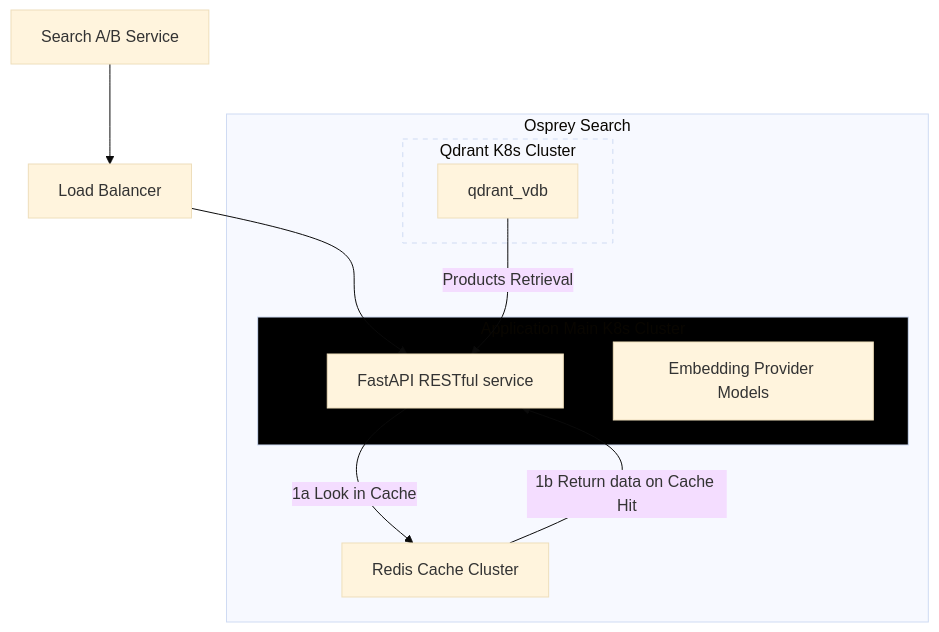
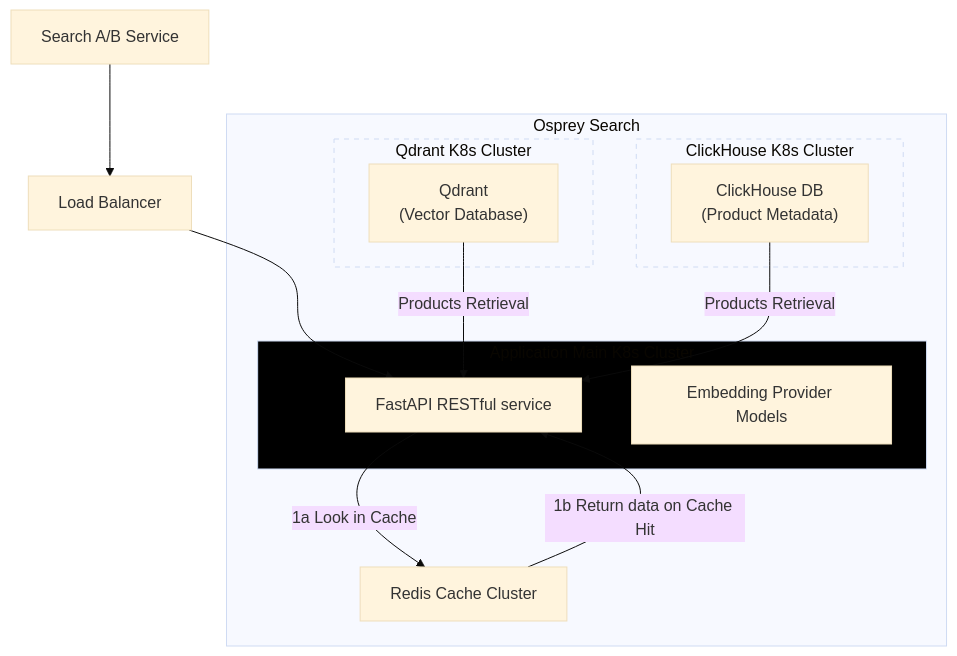
Before and after one commit to caiferris/qtact: the diagram in osprey_search_ARCHITECTURE.md, drawn with Mermaid (base theme).

Commit message:
Updated osprey doc

````diff
--- a/osprey_search_ARCHITECTURE.md
+++ b/osprey_search_ARCHITECTURE.md
@@ -45,22 +45,30 @@
 ```mermaid
 graph 
   query["Search A/B Service"]
   load_balancer["Load Balancer"]
   api_server["FastAPI RESTful service"]
   embedding_model["Embedding Provider Models"]
   redis["Redis Cache Cluster"]
+  qdrant_vdb["`Qdrant
+(Vector Database)`"]
+  clickhouse_cdb["`ClickHouse DB
+(Product Metadata)`"]
   query --> load_balancer --> api_server
 subgraph parent_subgraph["Osprey Search"]
   api_server -- 1a Look in Cache --> redis
   redis -- 1b Return data on Cache Hit --> api_server
   subgraph sub_graph_group1["Application Main K8s Cluster"]
     style sub_graph_group1 stroke: 5, 5,fill: #000
     api_server
     embedding_model
   end
   subgraph qdrant_cluster["Qdrant K8s Cluster"]
     style qdrant_cluster stroke-dasharray: 5, 5
     qdrant_vdb -- Products Retrieval --> api_server
   end
+  subgraph clickhouse_cluster["ClickHouse K8s Cluster"]
+    style clickhouse_cluster stroke-dasharray: 5, 5
+    clickhouse_cdb -- Products Retrieval --> api_server
+  end
 end
 ```
````
